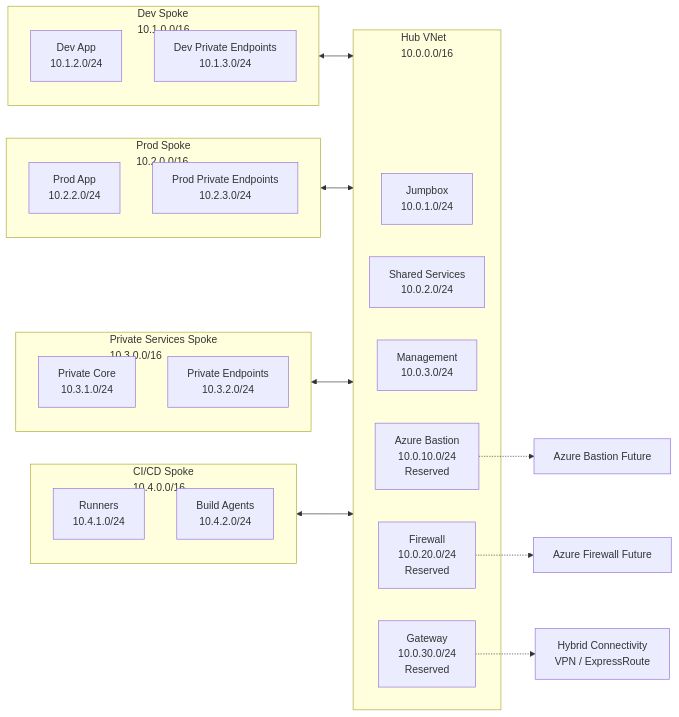
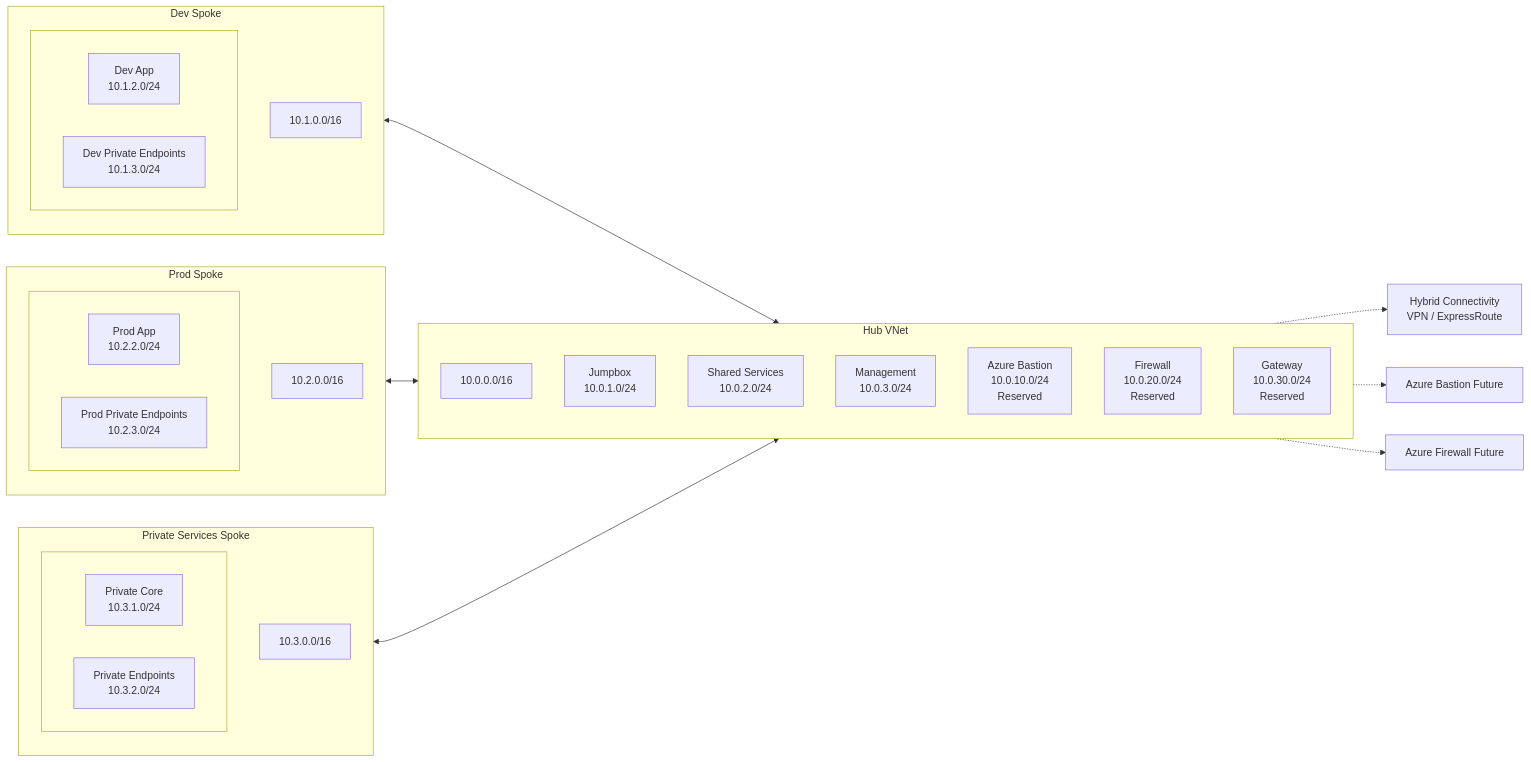
The diagram in docs/network-plan.md (anselem-okeke/Azure-Enterprise-Landing-Zone), drawn with Mermaid before and after one commit.

Commit message:
day3: add landing zone network plan and subnet layout

````diff
--- a/docs/network-plan.md
+++ b/docs/network-plan.md
@@ -3,40 +3,51 @@
 ```mermaid
 flowchart LR
-    subgraph HUB["Hub VNet<br/>10.0.0.0/16"]
+    subgraph DEV["Dev Spoke"]
+        direction TB
+        DEVLBL["10.1.0.0/16"]
+        subgraph DROW[" "]
+            direction LR
+            DA["Dev App<br/>10.1.2.0/24"]
+            DPE["Dev Private Endpoints<br/>10.1.3.0/24"]
+        end
+    end
+
+    subgraph PROD["Prod Spoke"]
+        direction TB
+        PRODLBL["10.2.0.0/16"]
+        subgraph PROW[" "]
+            direction LR
+            PA["Prod App<br/>10.2.2.0/24"]
+            PPE["Prod Private Endpoints<br/>10.2.3.0/24"]
+        end
+    end
+
+    subgraph PRIVATE["Private Services Spoke"]
+        direction TB
+        PRIVLBL["10.3.0.0/16"]
+        subgraph PVTROW[" "]
+            direction LR
+            PC["Private Core<br/>10.3.1.0/24"]
+            PE["Private Endpoints<br/>10.3.2.0/24"]
+        end
+    end
+
+    subgraph HUB["Hub VNet"]
+        direction TB
+        HUBLBL["10.0.0.0/16"]
         J["Jumpbox<br/>10.0.1.0/24"]
         SS["Shared Services<br/>10.0.2.0/24"]
         M["Management<br/>10.0.3.0/24"]
         B["Azure Bastion<br/>10.0.10.0/24<br/>Reserved"]
         F["Firewall<br/>10.0.20.0/24<br/>Reserved"]
         G["Gateway<br/>10.0.30.0/24<br/>Reserved"]
     end
 
-    subgraph DEV["Dev Spoke<br/>10.1.0.0/16"]
-        DA["Dev App<br/>10.1.2.0/24"]
-        DPE["Dev Private Endpoints<br/>10.1.3.0/24"]
-    end
-
-    subgraph PROD["Prod Spoke<br/>10.2.0.0/16"]
-        PA["Prod App<br/>10.2.2.0/24"]
-        PPE["Prod Private Endpoints<br/>10.2.3.0/24"]
-    end
-
-    subgraph PRIVATE["Private Services Spoke<br/>10.3.0.0/16"]
-        PC["Private Core<br/>10.3.1.0/24"]
-        PPE2["Private Endpoints<br/>10.3.2.0/24"]
-    end
-
-    subgraph CICD["CI/CD Spoke<br/>10.4.0.0/16"]
-        R["Runners<br/>10.4.1.0/24"]
-        BA["Build Agents<br/>10.4.2.0/24"]
-    end
-
     DEV <--> HUB
     PROD <--> HUB
     PRIVATE <--> HUB
-    CICD <--> HUB
 
     G -.-> HC["Hybrid Connectivity<br/>VPN / ExpressRoute"]
     B -.-> AB["Azure Bastion Future"]
     F -.-> AF["Azure Firewall Future"]
 ```
````
